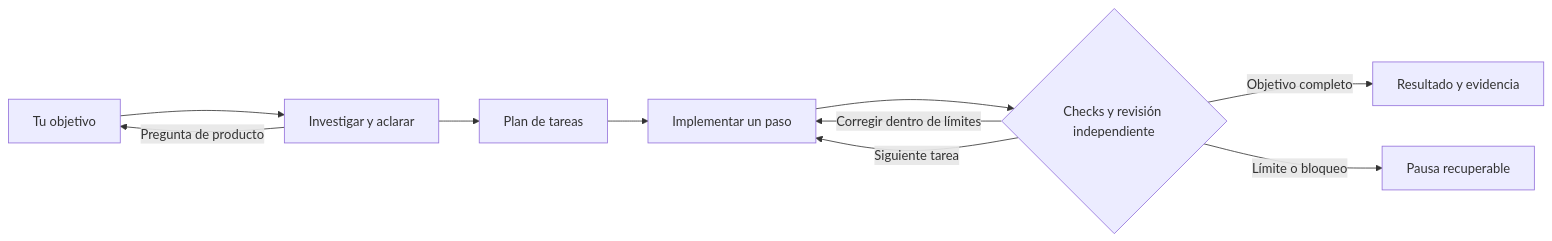
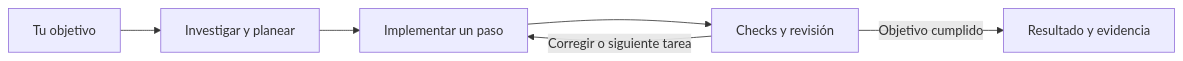
One commit to 88randy/Salem changed the diagram in README.md. Above: the diagram before and after it, drawn with Mermaid.

Commit message:
docs: keep the overview flow legible at repository width

````diff
--- a/README.md
+++ b/README.md
@@ -58,12 +58,8 @@
 ```mermaid
 flowchart LR
-    A[Tu objetivo] --> B[Investigar y aclarar]
-    B -->|Pregunta de producto| A
-    B --> C[Plan de tareas]
-    C --> D[Implementar un paso]
-    D --> E{Checks y revisión independiente}
-    E -->|Corregir dentro de límites| D
-    E -->|Siguiente tarea| D
-    E -->|Objetivo completo| F[Resultado y evidencia]
-    E -->|Límite o bloqueo| G[Pausa recuperable]
+    A[Tu objetivo] --> B[Investigar y planear]
+    B --> C[Implementar un paso]
+    C --> D[Checks y revisión]
+    D -->|Corregir o siguiente tarea| C
+    D -->|Objetivo cumplido| E[Resultado y evidencia]
 ```
````
